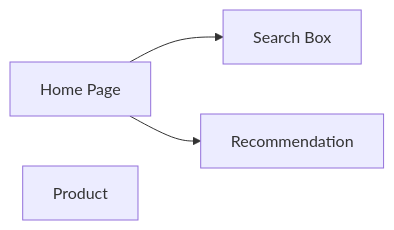
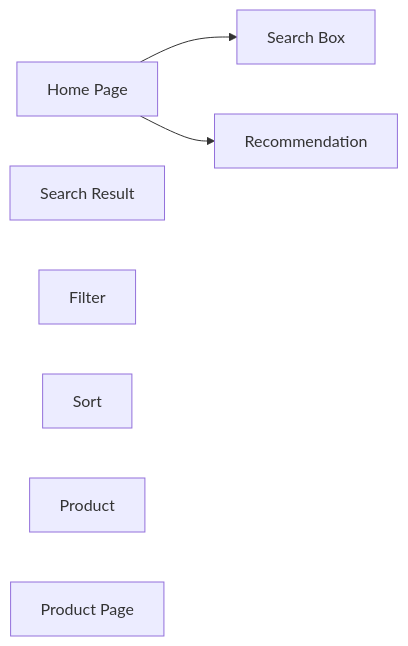
The second of 3 diagrams in README.md (MattisZheng/e-commerce), drawn with Mermaid before and after one commit. The commit also changed other lines of this file, not shown here.

````diff
--- a/README.md
+++ b/README.md
@@ -36,10 +36,15 @@
 ```mermaid
 flowchart LR
 home[Home Page]
-search[Search Box]
-recommendation[Recommendation]
-product[Product]
-
+  search[Search Box]
+  recommendation[Recommendation]
+result[Search Result]
+  filter[Filter]
+  sort[Sort]
+  product[Product]
+productPage[Product Page]
+  product[Product]
 
 home --> search & recommendation
+
 ```
````
